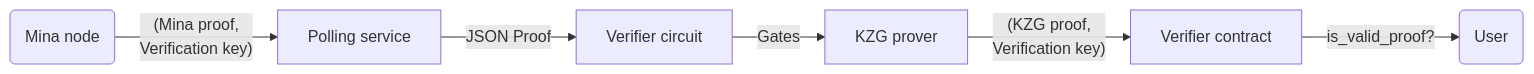
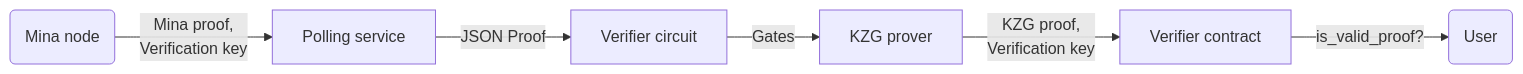
One commit to lambdaclass/mina_bridge changed the second of 2 diagrams in README.md. Above: the diagram before and after it, drawn with Mermaid.

Commit message:
Change flowchart syntax

````diff
--- a/README.md
+++ b/README.md
@@ -48,14 +48,9 @@
 ```mermaid
     flowchart LR
         MINA(Mina node)
-        -- (Mina proof,\nVerification key)
-        --> POLLING[Polling service]
-        -- JSON Proof
-        --> CIRCUIT[Verifier circuit]
-        -- Gates
-        --> KZG[KZG prover]
-        -- (KZG proof,\nVerification key)
-        --> CONTRACT[Verifier contract]
-        -- is_valid_proof?
-        --> U(User)
+        --> |Mina proof,\nVerification key| POLLING[Polling service]
+        --> |JSON Proof| CIRCUIT[Verifier circuit]
+        --> |Gates| KZG[KZG prover]
+        --> |KZG proof,\nVerification key| CONTRACT[Verifier contract]
+        --> |is_valid_proof?| U(User)
 ```
````
